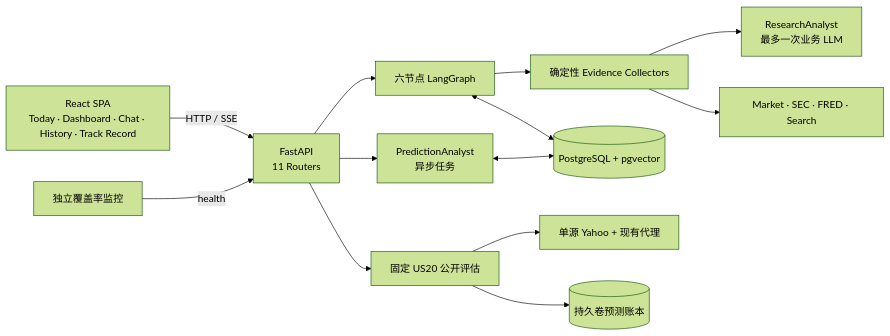
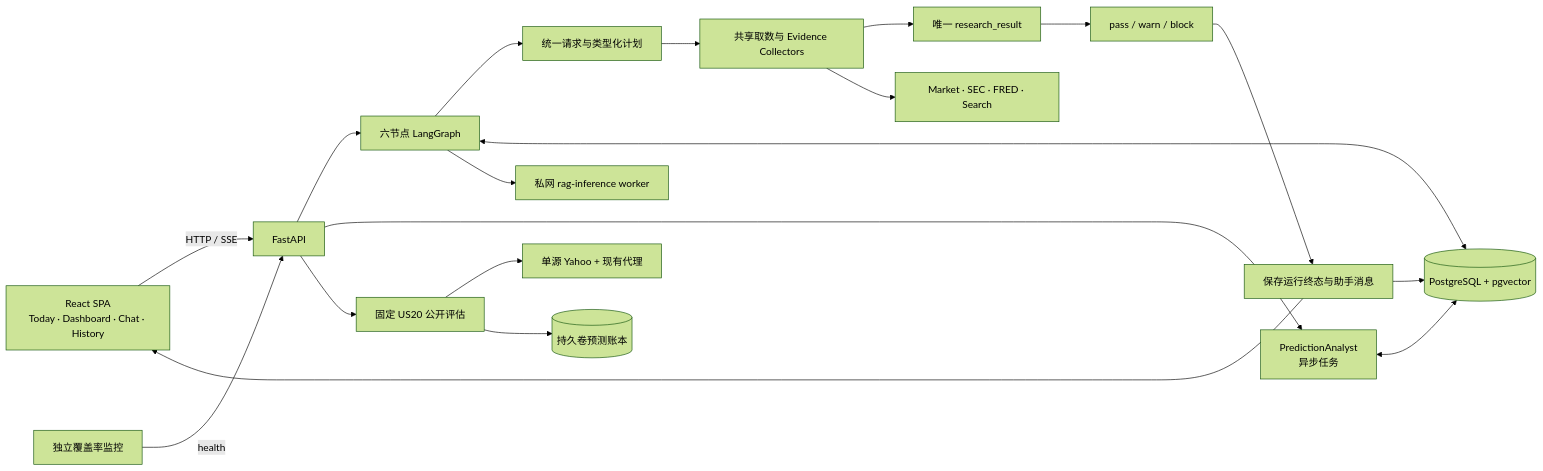
The diagram in README.md (kkkano/FinSight), drawn with Mermaid (forest theme) before and after one commit. The commit also changed other lines of this file and 187 other files, not shown here.

Commit message:
refactor(research): unify request, evidence, quality and durable delivery

````diff
--- a/README.md
+++ b/README.md
@@ -54,15 +61,21 @@
 ```mermaid
 flowchart LR
-    UI[React SPA\nToday · Dashboard · Chat · History · Track Record] -->|HTTP / SSE| API[FastAPI\n11 Routers]
+    UI[React SPA\nToday · Dashboard · Chat · History] -->|HTTP / SSE| API[FastAPI]
     API --> GRAPH[六节点 LangGraph]
-    GRAPH --> COLLECT[确定性 Evidence Collectors]
-    COLLECT --> ANALYST[ResearchAnalyst\n最多一次业务 LLM]
+    GRAPH --> REQUEST[统一请求与类型化计划]
+    REQUEST --> COLLECT[共享取数与 Evidence Collectors]
+    COLLECT --> RESULT[唯一 research_result]
+    RESULT --> QUALITY[pass / warn / block]
+    QUALITY --> DELIVERY[保存运行终态与助手消息]
+    DELIVERY --> UI
     API --> PRED[PredictionAnalyst\n异步任务]
     COLLECT --> PROVIDERS[Market · SEC · FRED · Search]
     GRAPH <--> PG[(PostgreSQL + pgvector)]
+    DELIVERY --> PG
+    GRAPH --> WORKER[私网 rag-inference worker]
     PRED <--> PG
     API --> BENCH[固定 US20 公开评估]
     BENCH --> YAHOO[单源 Yahoo + 现有代理]
     BENCH --> LEDGER[(持久卷预测账本)]
     WATCH[独立覆盖率监控] -->|health| API
 ```
````
